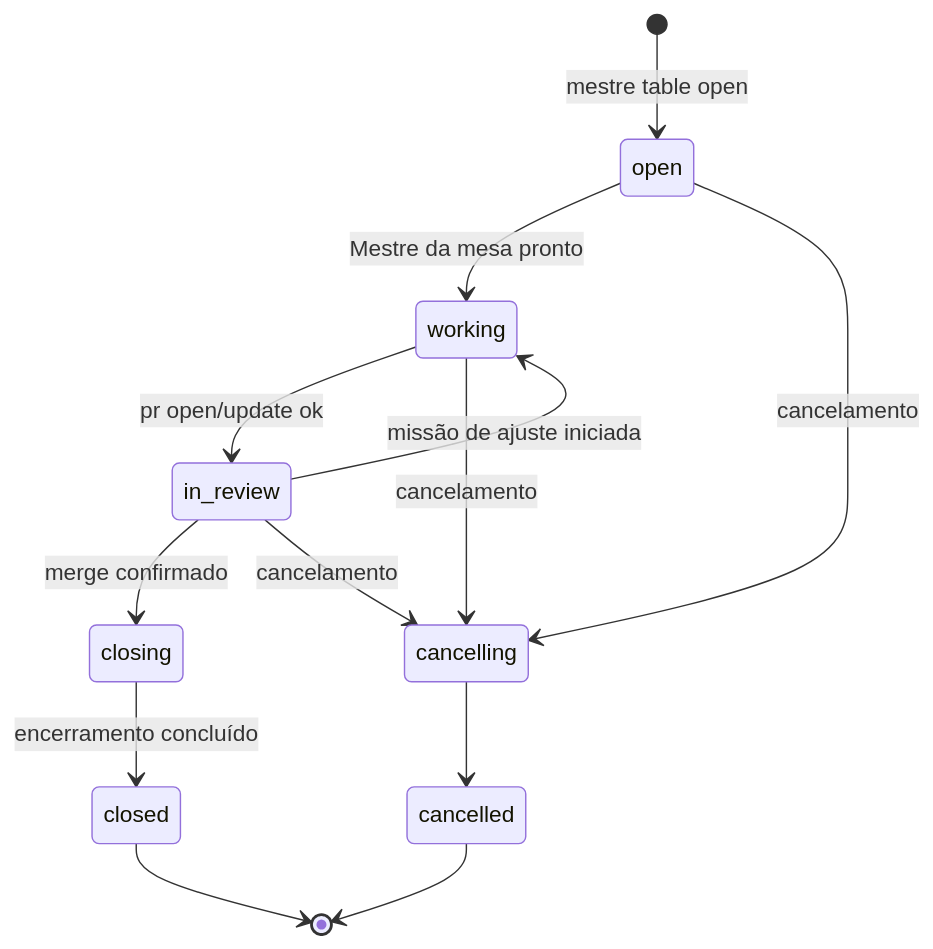
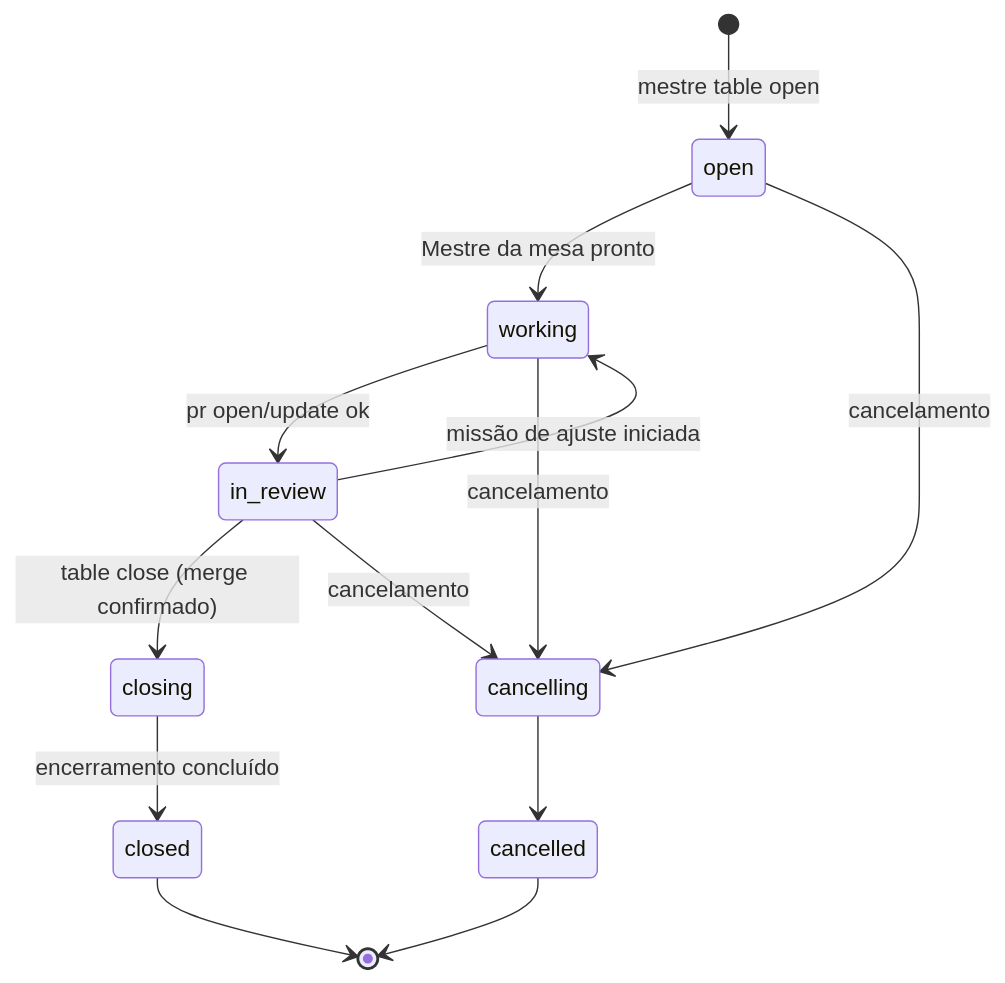
One commit to lucasndas/mestre changed the diagram in docs/orquestracao/mesas.md. Above: the diagram before and after it, drawn with Mermaid. The commit also changed other lines of this file and 110 other files, not shown here.

````diff
--- a/docs/orquestracao/mesas.md
+++ b/docs/orquestracao/mesas.md
@@ -35,15 +35,15 @@
 ```mermaid
 stateDiagram-v2
     [*] --> open : mestre table open
     open --> working : Mestre da mesa pronto
     working --> in_review : pr open/update ok
     in_review --> working : missão de ajuste iniciada
-    in_review --> closing : merge confirmado
+    in_review --> closing : table close (merge confirmado)
     closing --> closed : encerramento concluído
     open --> cancelling : cancelamento
     working --> cancelling : cancelamento
     in_review --> cancelling : cancelamento
     cancelling --> cancelled
     closed --> [*]
     cancelled --> [*]
 ```
````
